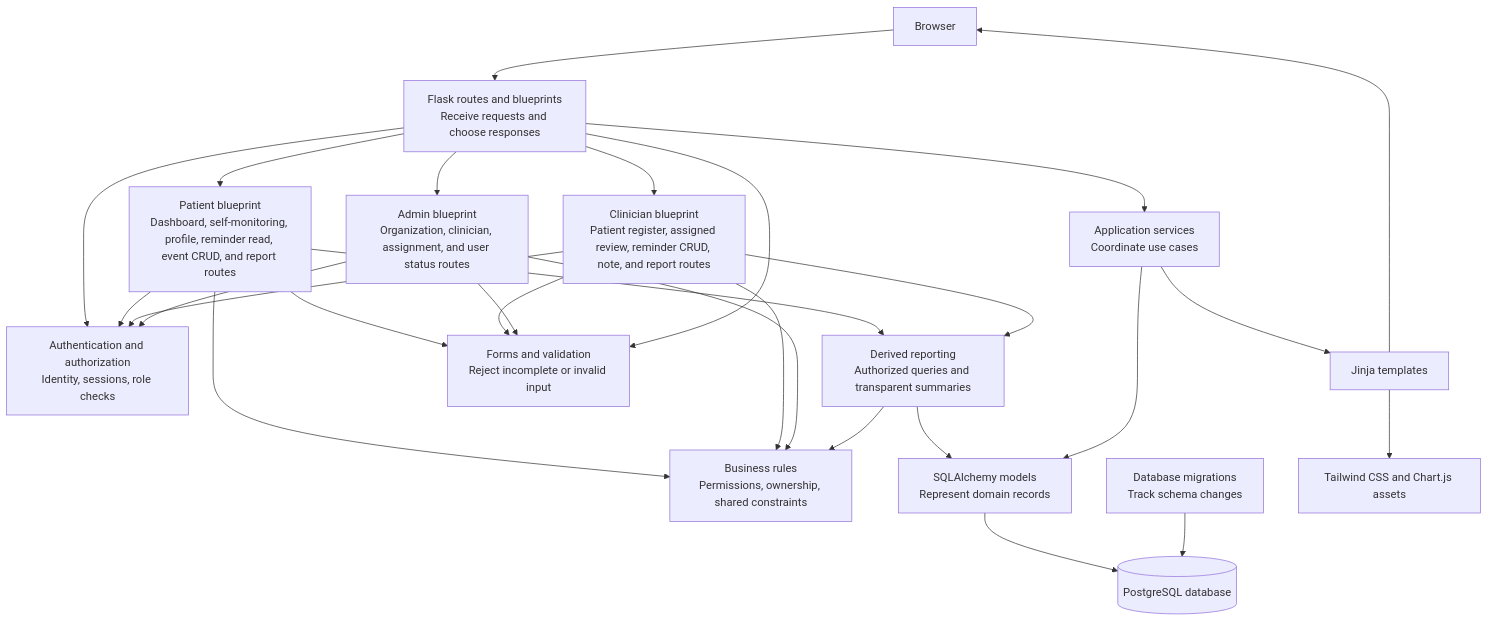
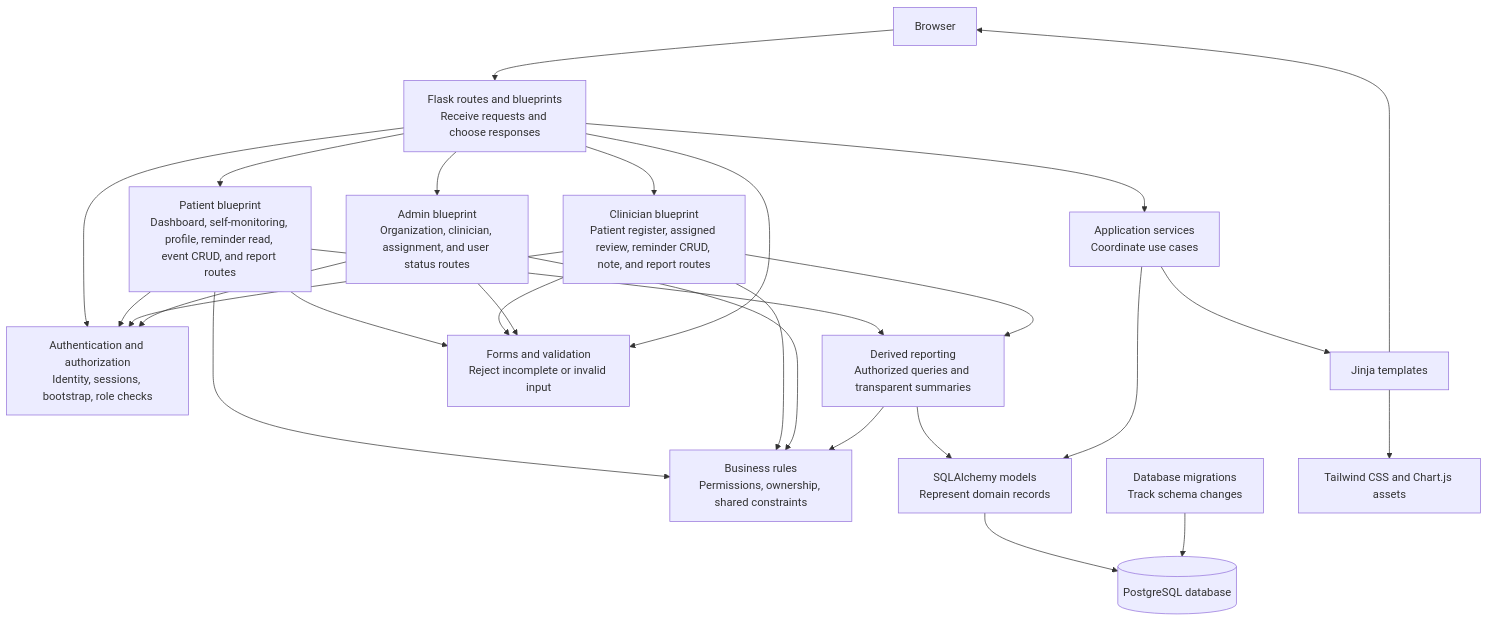
One commit to R-gitonga/AfyaGlyco changed the seventh of 8 diagrams in docs/system-tutorials.md. Above: the diagram before and after it, drawn with Mermaid. The commit also changed other lines of this file and 9 other files, not shown here.

Commit message:
Add one-time administrator bootstrap flow

````diff
--- a/docs/system-tutorials.md
+++ b/docs/system-tutorials.md
@@ -189,45 +213,45 @@
 ```mermaid
 flowchart TB
     Browser[Browser]
     Routes[Flask routes and blueprints\nReceive requests and choose responses]
     PatientRoutes[Patient blueprint\nDashboard, self-monitoring, profile, reminder read, event CRUD, and report routes]
     ClinicianRoutes[Clinician blueprint\nPatient register, assigned review, reminder CRUD, note, and report routes]
     AdminRoutes[Admin blueprint\nOrganization, clinician, assignment, and user status routes]
-    Auth[Authentication and authorization\nIdentity, sessions, role checks]
+    Auth[Authentication and authorization\nIdentity, sessions, bootstrap, role checks]
     Rules[Business rules\nPermissions, ownership, shared constraints]
     Reporting[Derived reporting\nAuthorized queries and transparent summaries]
     Forms[Forms and validation\nReject incomplete or invalid input]
     Services[Application services\nCoordinate use cases]
     Models[SQLAlchemy models\nRepresent domain records]
     Migrations[Database migrations\nTrack schema changes]
     DB[(PostgreSQL database)]
     Templates[Jinja templates]
     Static[Tailwind CSS and Chart.js assets]
 
     Browser --> Routes
     Routes --> PatientRoutes
     Routes --> ClinicianRoutes
     Routes --> AdminRoutes
     Routes --> Auth
     PatientRoutes --> Auth
     ClinicianRoutes --> Auth
     AdminRoutes --> Auth
     PatientRoutes --> Rules
     ClinicianRoutes --> Rules
     AdminRoutes --> Rules
     PatientRoutes --> Forms
     ClinicianRoutes --> Forms
     AdminRoutes --> Forms
     Routes --> Forms
     Routes --> Services
     PatientRoutes --> Reporting
     ClinicianRoutes --> Reporting
     Reporting --> Rules
     Reporting --> Models
     Services --> Models
     Models --> DB
     Migrations --> DB
     Services --> Templates
     Templates --> Static
     Templates --> Browser
 ```
````
